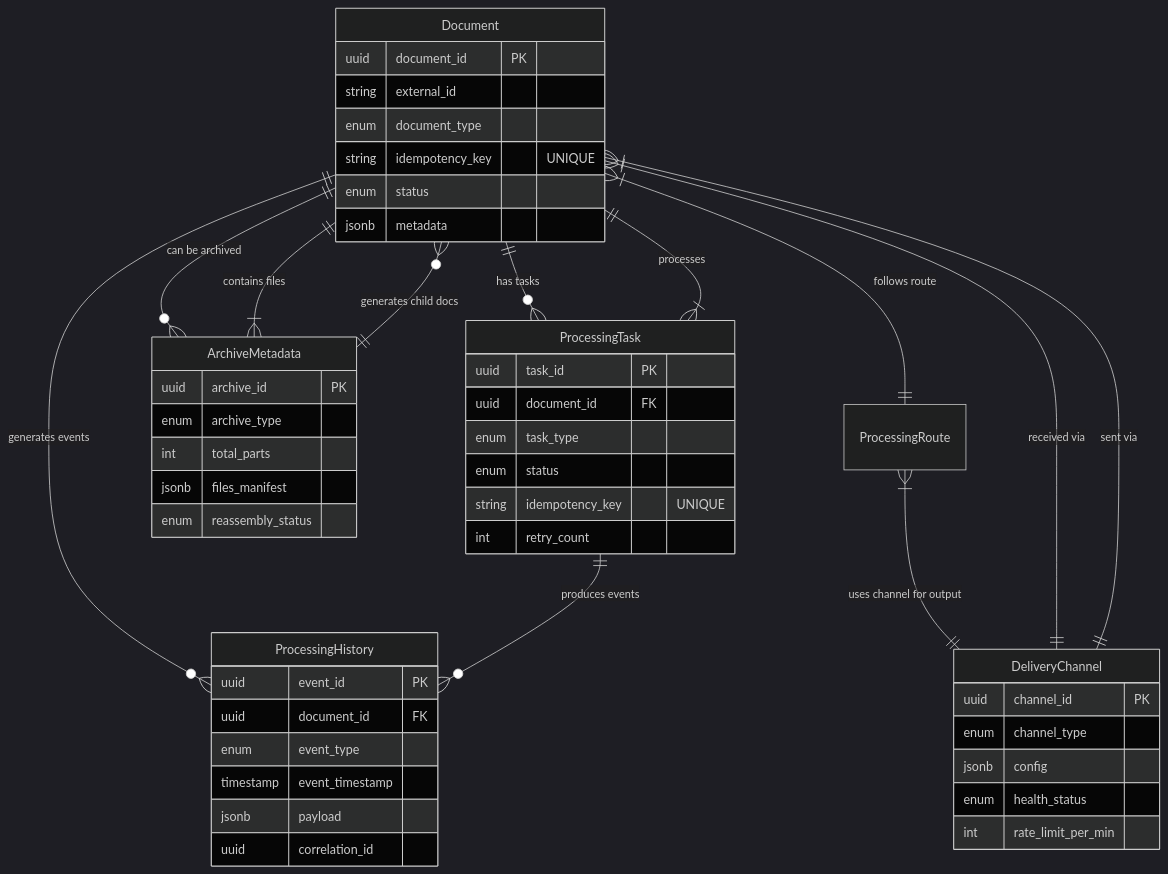
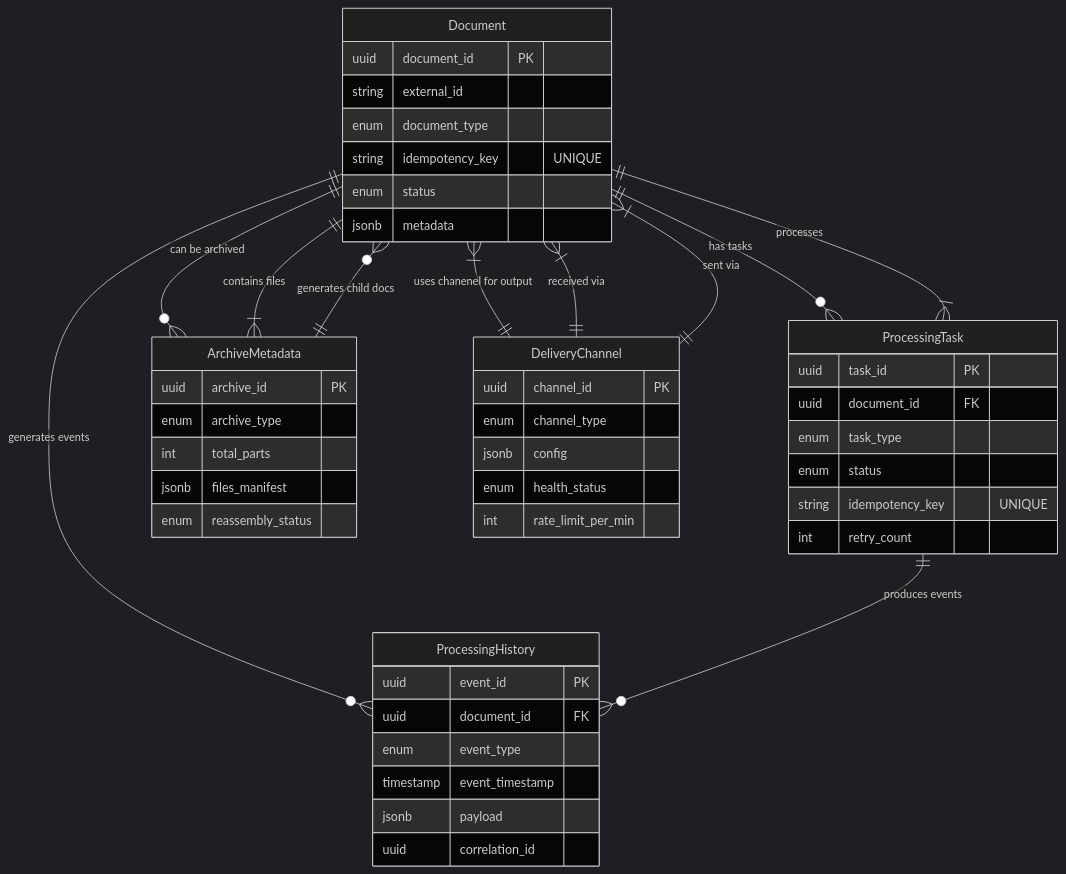
One commit to AlexanderScheqolev/DS_DDF changed the first of 6 diagrams in dev-solution-documents.md. Above: the diagram before and after it, drawn with Mermaid (dark theme). The commit also changed other lines of this file, not shown here.

````diff
--- a/dev-solution-documents.md
+++ b/dev-solution-documents.md
@@ -227,65 +227,64 @@
 ```mermaid
 erDiagram
     %% Core entities
     Document ||--o{ ProcessingTask : "has tasks"
     Document ||--o{ ProcessingHistory : "generates events"
     Document ||--o{ ArchiveMetadata : "can be archived"
-    Document }|--|| ProcessingRoute : "follows route"
+    Document }|--|| DeliveryChannel : "uses chanenel for output"
     
     %% Task relationships
     ProcessingTask }|--|| Document : "processes"
     ProcessingTask ||--o{ ProcessingHistory : "produces events"
     
     %% Archive relationships
     ArchiveMetadata }|--|| Document : "contains files"
     ArchiveMetadata ||--o{ Document : "generates child docs"
     
     %% Channel relationships
-    ProcessingRoute }|--|| DeliveryChannel : "uses channel for output"
     Document }|--|| DeliveryChannel : "received via"
     Document }|--|| DeliveryChannel : "sent via"
     
     %% Idempotency
     Document {
     uuid document_id PK
     string external_id
     enum document_type
     string idempotency_key "UNIQUE"
     enum status
     jsonb metadata
 }
     
     ProcessingTask {
         uuid task_id PK
         uuid document_id FK
         enum task_type
         enum status
         string idempotency_key "UNIQUE"
         int retry_count
     }
     
     ProcessingHistory {
         uuid event_id PK
         uuid document_id FK
         enum event_type
         timestamp event_timestamp
         jsonb payload
         uuid correlation_id
     }
     
     ArchiveMetadata {
         uuid archive_id PK
         enum archive_type
         int total_parts
         jsonb files_manifest
         enum reassembly_status
     }
     
     DeliveryChannel {
         uuid channel_id PK
         enum channel_type
         jsonb config
         enum health_status
         int rate_limit_per_min
     }
 ```
````
